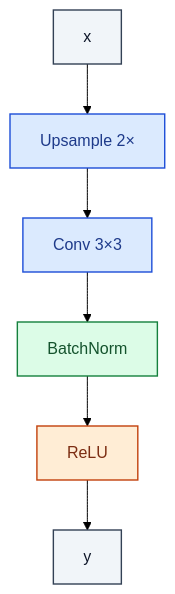
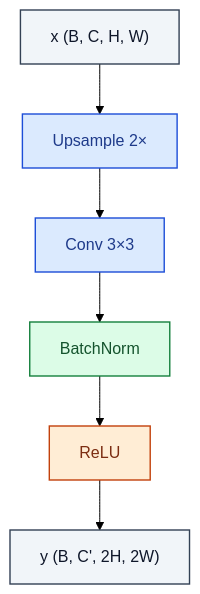
One commit to RealityShifts/Srivastava-book-of-Blocks-diagrams changed the diagram in gan/GeneratorBlock.md. Above: the diagram before and after it, drawn with Mermaid (forest theme). The commit also changed 123 other files, not shown here.

````diff
--- a/gan/GeneratorBlock.md
+++ b/gan/GeneratorBlock.md
@@ -7,23 +7,24 @@
 ```mermaid
 flowchart TD
-    n0_0["x"]:::io
+    n0_0["x  (B, C, H, W)"]:::io
     n1_0["Upsample 2×"]:::op
     n2_0["Conv 3×3"]:::op
     n3_0["BatchNorm"]:::norm
     n4_0["ReLU"]:::act
-    n5_0["y"]:::io
+    n5_0["y  (B, C', 2H, 2W)"]:::io
     n0_0 --> n1_0
     n1_0 --> n2_0
     n2_0 --> n3_0
     n3_0 --> n4_0
     n4_0 --> n5_0
     classDef io fill:#f1f5f9,stroke:#334155,stroke-width:1.4px,color:#0f172a
     classDef op fill:#dbeafe,stroke:#1d4ed8,stroke-width:1.4px,color:#1e3a8a
     classDef norm fill:#dcfce7,stroke:#15803d,stroke-width:1.4px,color:#14532d
     classDef act fill:#ffedd5,stroke:#c2410c,stroke-width:1.4px,color:#7c2d12
     classDef attn fill:#ede9fe,stroke:#6d28d9,stroke-width:1.4px,color:#4c1d95
     classDef merge fill:#fef3c7,stroke:#b45309,stroke-width:1.4px,color:#78350f
     classDef emb fill:#fef9c3,stroke:#a16207,stroke-width:1.4px,color:#713f12
     classDef loss fill:#fee2e2,stroke:#b91c1c,stroke-width:1.4px,color:#7f1d1d
     classDef ctrl fill:#f5f5f4,stroke:#52525b,stroke-width:1.4px,color:#27272a
+    classDef ref fill:#e0f2fe,stroke:#0369a1,stroke-width:2px,color:#0c4a6e,stroke-dasharray: 4 2
 ```
````
